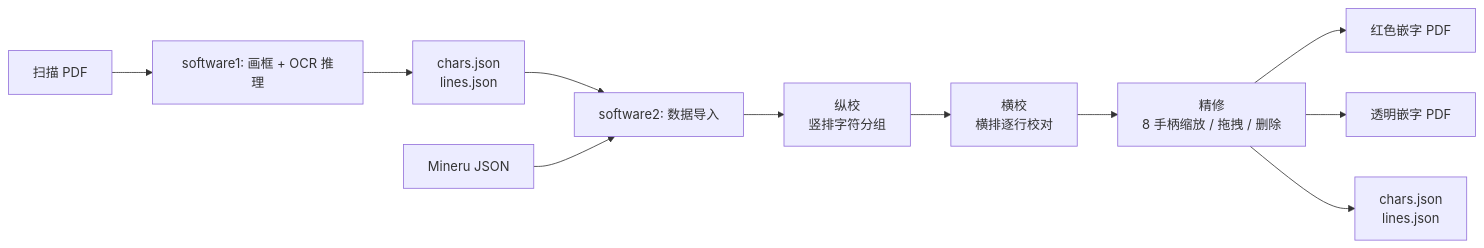
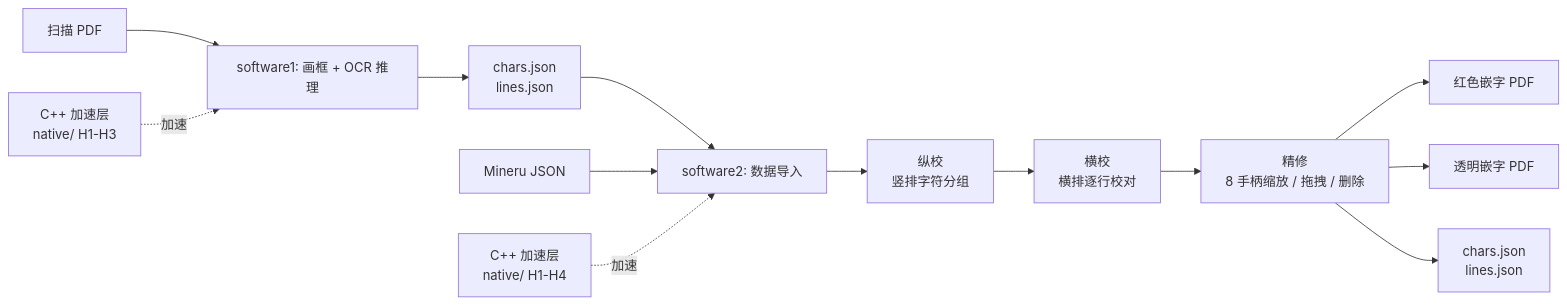
The diagram in README.md (nirvanafaith/PDF-OCR), drawn with Mermaid before and after one commit. The commit also changed other lines of this file, not shown here.

Commit message:
docs: update README to current software state (PP-OCRv6, PyQt5, PyMuPDF, C++ native, session persistence, undo/redo, DBSCAN+OpenCV)

````diff
--- a/README.md
+++ b/README.md
@@ -63,13 +85,15 @@
 ```mermaid
 flowchart LR
     PDF[扫描 PDF] --> V1[software1: 画框 + OCR 推理]
     V1 --> JSON1[chars.json<br/>lines.json]
     JSON1 --> V2[software2: 数据导入]
     Mineru[Mineru JSON] --> V2
     V2 --> VC[纵校<br/>竖排字符分组]
     VC --> HC[横校<br/>横排逐行校对]
     HC --> RF[精修<br/>8 手柄缩放 / 拖拽 / 删除]
     RF --> Out1[红色嵌字 PDF]
     RF --> Out2[透明嵌字 PDF]
     RF --> Out3[chars.json<br/>lines.json]
+    Native1[C++ 加速层<br/>native/ H1-H3] -.加速.-> V1
+    Native2[C++ 加速层<br/>native/ H1-H4] -.加速.-> V2
 ```
````
